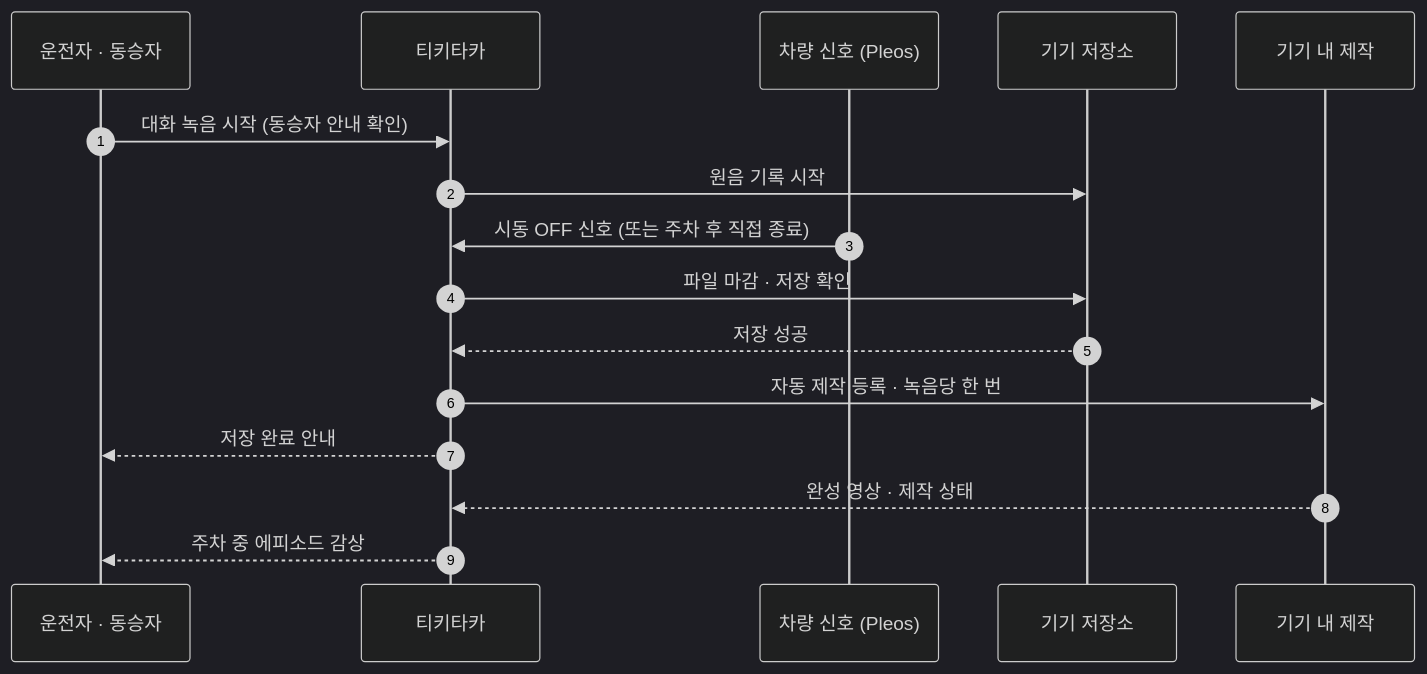
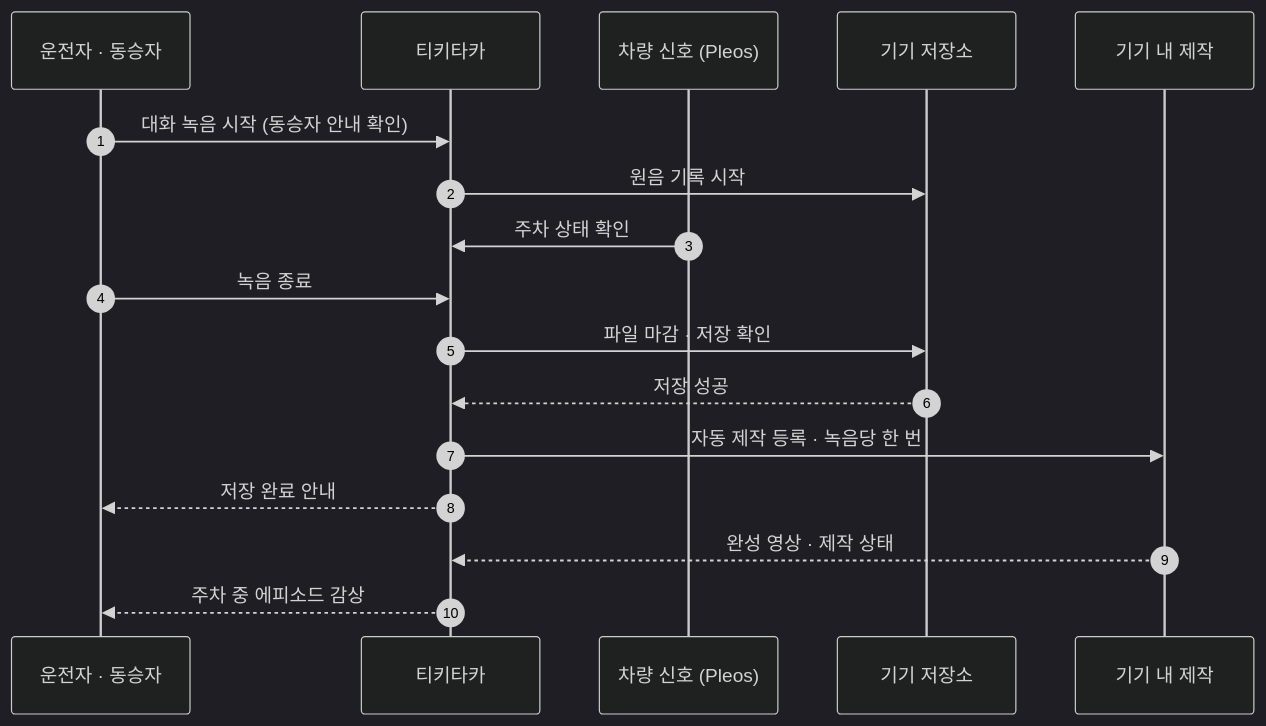
The second of 4 diagrams in README.md (Controllls/tikitaka), drawn with Mermaid (dark theme) before and after one commit. The commit also changed other lines of this file and 2 other files, not shown here.

Commit message:
docs: point to the 1.2.2 release and describe the ignition-off removal

````diff
--- a/README.md
+++ b/README.md
@@ -101,19 +101,20 @@
 ```mermaid
 sequenceDiagram
     autonumber
     participant U as 운전자 · 동승자
     participant A as 티키타카
     participant V as 차량 신호 (Pleos)
     participant S as 기기 저장소
     participant M as 기기 내 제작
 
     U->>A: 대화 녹음 시작 (동승자 안내 확인)
     A->>S: 원음 기록 시작
-    V->>A: 시동 OFF 신호 (또는 주차 후 직접 종료)
+    V->>A: 주차 상태 확인
+    U->>A: 녹음 종료
     A->>S: 파일 마감 · 저장 확인
     S-->>A: 저장 성공
     A->>M: 자동 제작 등록 · 녹음당 한 번
     A-->>U: 저장 완료 안내
     M-->>A: 완성 영상 · 제작 상태
     A-->>U: 주차 중 에피소드 감상
 ```
````
